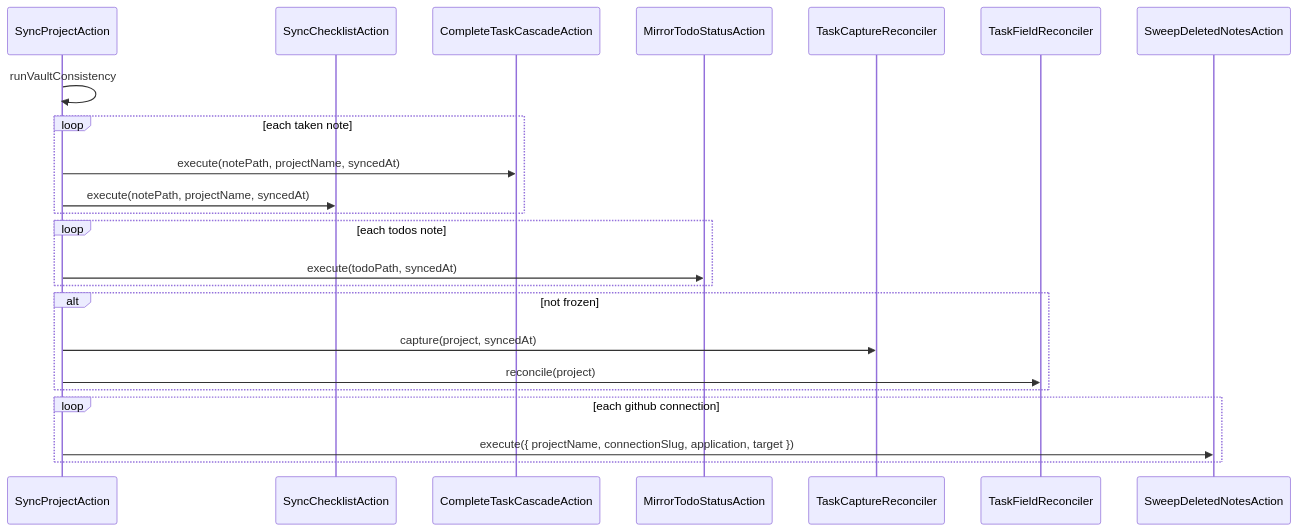
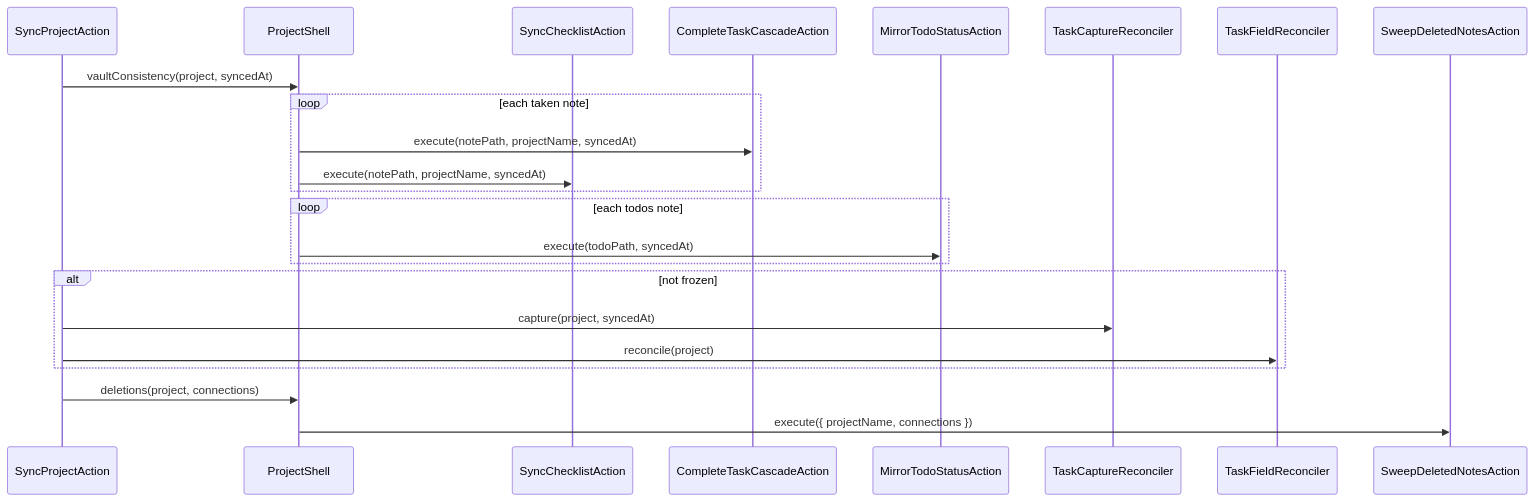
One commit to 99linesofcode/obsidian-project-management changed the third of 18 diagrams in docs/developer-manual.md. Above: the diagram before and after it, drawn with Mermaid. The commit also changed other lines of this file and 29 other files, not shown here.

````diff
--- a/docs/developer-manual.md
+++ b/docs/developer-manual.md
@@ -243,26 +238,26 @@
 ```mermaid
 sequenceDiagram
   participant SP as SyncProjectAction
+  participant Shell as ProjectShell
   participant Chk as SyncChecklistAction
   participant Cas as CompleteTaskCascadeAction
   participant Mir as MirrorTodoStatusAction
   participant TC as TaskCaptureReconciler
   participant TF as TaskFieldReconciler
   participant Sweep as SweepDeletedNotesAction
 
-  SP->>SP: runVaultConsistency
+  SP->>Shell: vaultConsistency(project, syncedAt)
   loop each taken note
-    SP->>Cas: execute(notePath, projectName, syncedAt)
-    SP->>Chk: execute(notePath, projectName, syncedAt)
+    Shell->>Cas: execute(notePath, projectName, syncedAt)
+    Shell->>Chk: execute(notePath, projectName, syncedAt)
   end
   loop each todos note
-    SP->>Mir: execute(todoPath, syncedAt)
+    Shell->>Mir: execute(todoPath, syncedAt)
   end
   alt not frozen
     SP->>TC: capture(project, syncedAt)
     SP->>TF: reconcile(project)
   end
-  loop each github connection
-    SP->>Sweep: execute({ projectName, connectionSlug, application, target })
-  end
+  SP->>Shell: deletions(project, connections)
+  Shell->>Sweep: execute({ projectName, connections })
 ```
````
